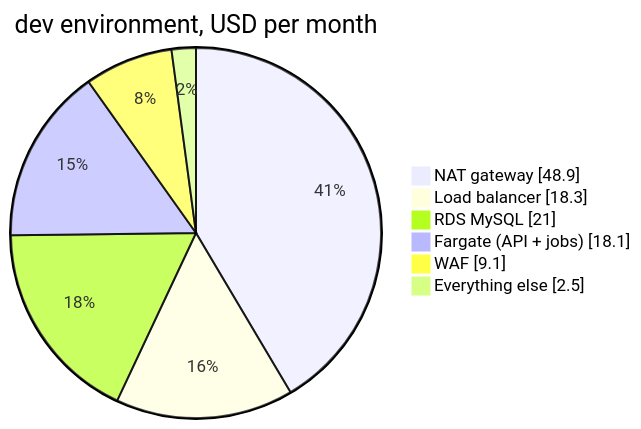
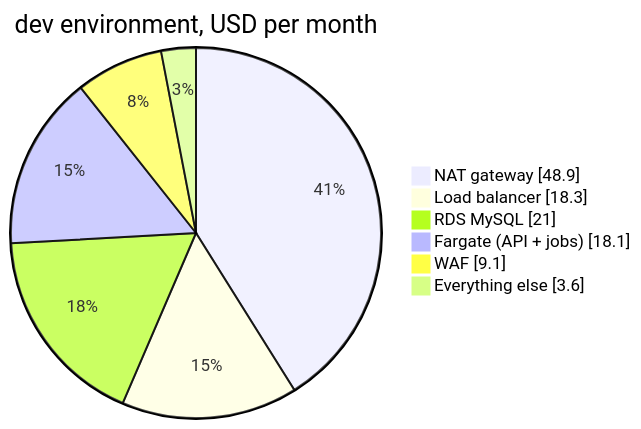
Before and after one commit to shadreza/aws-three-tier-cloud-ref-architecture: the diagram in docs/costs.md, drawn with Mermaid. The commit also changed other lines of this file and 2 other files, not shown here.

````diff
--- a/docs/costs.md
+++ b/docs/costs.md
@@ -68,10 +70,10 @@
 ```mermaid
 pie showData
     title dev environment, USD per month
     "NAT gateway" : 48.9
     "Load balancer" : 18.3
     "RDS MySQL" : 21.0
     "Fargate (API + jobs)" : 18.1
     "WAF" : 9.1
-    "Everything else" : 2.5
+    "Everything else" : 3.6
 ```
````
